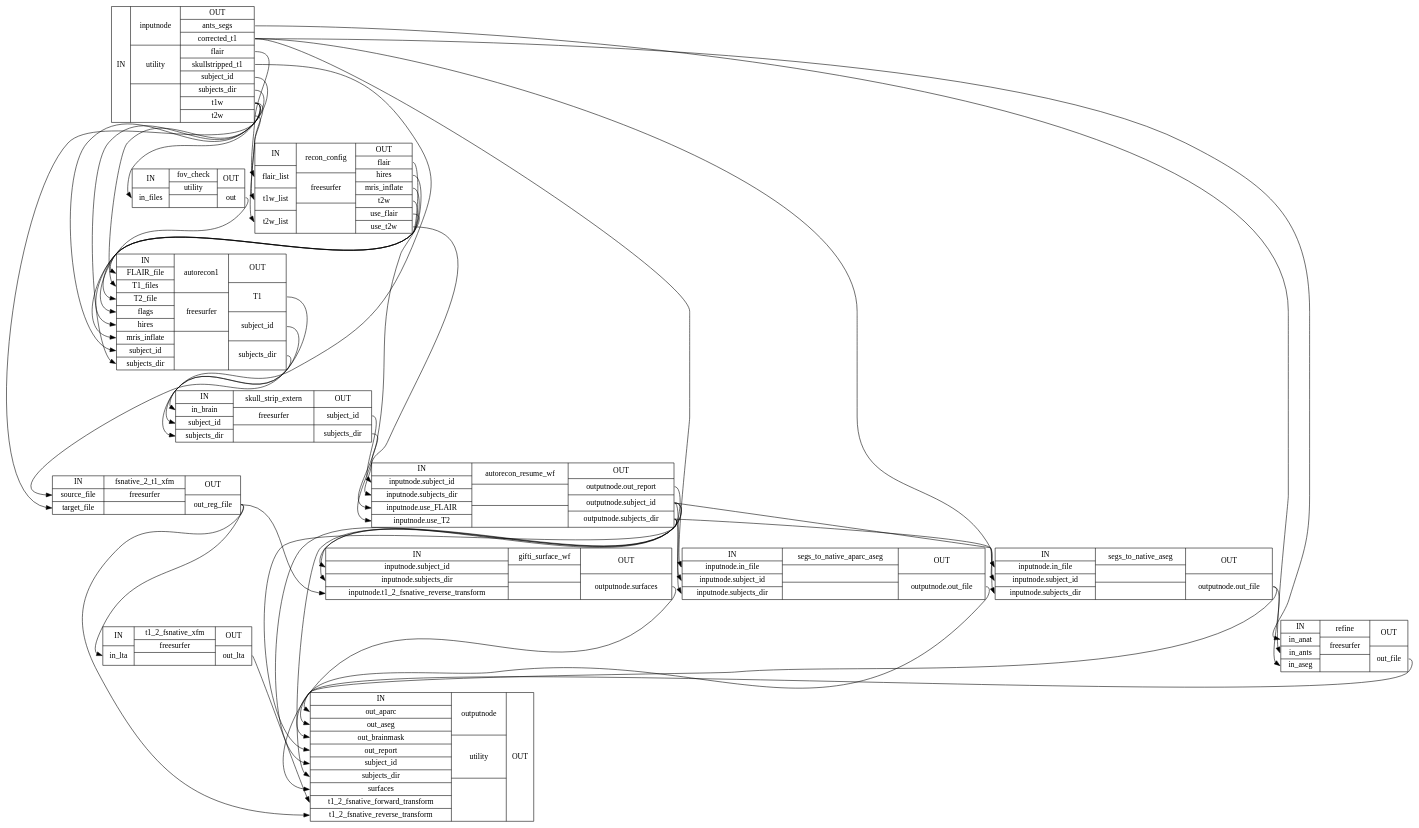
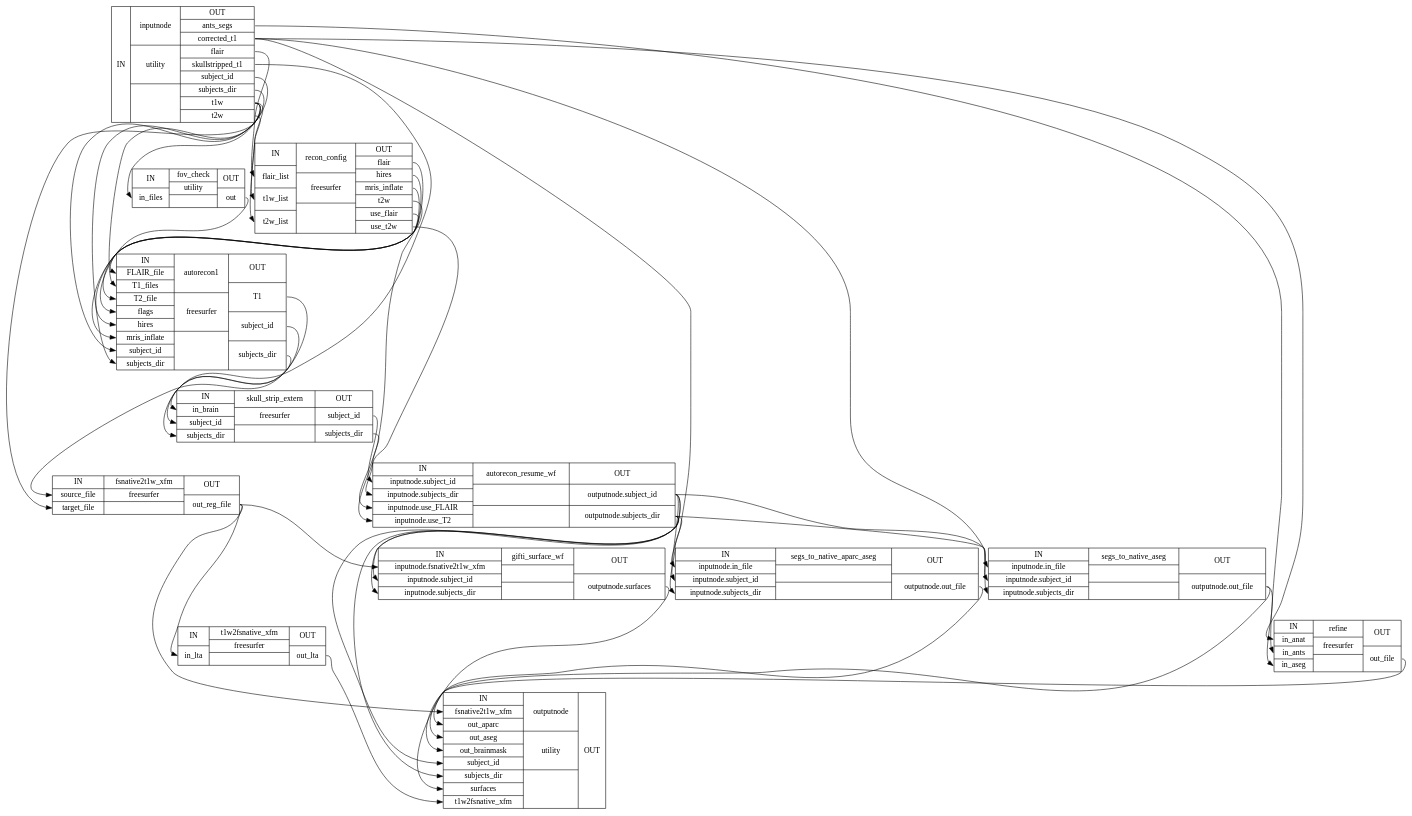
Before and after one commit to nuKs/smriprep: the diagram in ci_doc_deploy/wf_directive/api/surface_recon_wf/smriprep-workflows-surfaces-7_detailed.dot, drawn with Graphviz. The commit also changed 1676 other files, not shown here.

```diff
--- a/ci_doc_deploy/wf_directive/api/surface_recon_wf/smriprep-workflows-surfaces-7_detailed.dot
+++ b/ci_doc_deploy/wf_directive/api/surface_recon_wf/smriprep-workflows-surfaces-7_detailed.dot
@@ -1,59 +1,58 @@
 digraph structs {
 node [shape=record];
 surface_recon_wfinputnode [label="{IN}|{ inputnode | utility |  }|{OUT|<outantssegs> ants_segs|<outcorrectedt1> corrected_t1|<outflair> flair|<outskullstrippedt1> skullstripped_t1|<outsubjectid> subject_id|<outsubjectsdir> subjects_dir|<outt1w> t1w|<outt2w> t2w}"];
 surface_recon_wffov_check [label="{IN|<ininfiles> in_files}|{ fov_check | utility |  }|{OUT|<outout> out}"];
 surface_recon_wfrecon_config [label="{IN|<inflairlist> flair_list|<int1wlist> t1w_list|<int2wlist> t2w_list}|{ recon_config | freesurfer |  }|{OUT|<outflair> flair|<outhires> hires|<outmrisinflate> mris_inflate|<outt2w> t2w|<outuseflair> use_flair|<outuset2w> use_t2w}"];
 surface_recon_wfautorecon1 [label="{IN|<inFLAIRfile> FLAIR_file|<inT1files> T1_files|<inT2file> T2_file|<inflags> flags|<inhires> hires|<inmrisinflate> mris_inflate|<insubjectid> subject_id|<insubjectsdir> subjects_dir}|{ autorecon1 | freesurfer |  }|{OUT|<outT1> T1|<outsubjectid> subject_id|<outsubjectsdir> subjects_dir}"];
-surface_recon_wffsnative_2_t1_xfm [label="{IN|<insourcefile> source_file|<intargetfile> target_file}|{ fsnative_2_t1_xfm | freesurfer |  }|{OUT|<outoutregfile> out_reg_file}"];
-surface_recon_wft1_2_fsnative_xfm [label="{IN|<ininlta> in_lta}|{ t1_2_fsnative_xfm | freesurfer |  }|{OUT|<outoutlta> out_lta}"];
+surface_recon_wffsnative2t1w_xfm [label="{IN|<insourcefile> source_file|<intargetfile> target_file}|{ fsnative2t1w_xfm | freesurfer |  }|{OUT|<outoutregfile> out_reg_file}"];
+surface_recon_wft1w2fsnative_xfm [label="{IN|<ininlta> in_lta}|{ t1w2fsnative_xfm | freesurfer |  }|{OUT|<outoutlta> out_lta}"];
 surface_recon_wfskull_strip_extern [label="{IN|<ininbrain> in_brain|<insubjectid> subject_id|<insubjectsdir> subjects_dir}|{ skull_strip_extern | freesurfer |  }|{OUT|<outsubjectid> subject_id|<outsubjectsdir> subjects_dir}"];
-surface_recon_wfautorecon_resume_wf [label="{IN|<ininputnodesubjectid> inputnode.subject_id|<ininputnodesubjectsdir> inputnode.subjects_dir|<ininputnodeuseFLAIR> inputnode.use_FLAIR|<ininputnodeuseT2> inputnode.use_T2}|{ autorecon_resume_wf |  |  }|{OUT|<outoutputnodeoutreport> outputnode.out_report|<outoutputnodesubjectid> outputnode.subject_id|<outoutputnodesubjectsdir> outputnode.subjects_dir}"];
+surface_recon_wfautorecon_resume_wf [label="{IN|<ininputnodesubjectid> inputnode.subject_id|<ininputnodesubjectsdir> inputnode.subjects_dir|<ininputnodeuseFLAIR> inputnode.use_FLAIR|<ininputnodeuseT2> inputnode.use_T2}|{ autorecon_resume_wf |  |  }|{OUT|<outoutputnodesubjectid> outputnode.subject_id|<outoutputnodesubjectsdir> outputnode.subjects_dir}"];
 surface_recon_wfsegs_to_native_aparc_aseg [label="{IN|<ininputnodeinfile> inputnode.in_file|<ininputnodesubjectid> inputnode.subject_id|<ininputnodesubjectsdir> inputnode.subjects_dir}|{ segs_to_native_aparc_aseg |  |  }|{OUT|<outoutputnodeoutfile> outputnode.out_file}"];
 surface_recon_wfsegs_to_native_aseg [label="{IN|<ininputnodeinfile> inputnode.in_file|<ininputnodesubjectid> inputnode.subject_id|<ininputnodesubjectsdir> inputnode.subjects_dir}|{ segs_to_native_aseg |  |  }|{OUT|<outoutputnodeoutfile> outputnode.out_file}"];
 surface_recon_wfrefine [label="{IN|<ininanat> in_anat|<ininants> in_ants|<ininaseg> in_aseg}|{ refine | freesurfer |  }|{OUT|<outoutfile> out_file}"];
-surface_recon_wfgifti_surface_wf [label="{IN|<ininputnodesubjectid> inputnode.subject_id|<ininputnodesubjectsdir> inputnode.subjects_dir|<ininputnodet12fsnativereversetransform> inputnode.t1_2_fsnative_reverse_transform}|{ gifti_surface_wf |  |  }|{OUT|<outoutputnodesurfaces> outputnode.surfaces}"];
-surface_recon_wfoutputnode [label="{IN|<inoutaparc> out_aparc|<inoutaseg> out_aseg|<inoutbrainmask> out_brainmask|<inoutreport> out_report|<insubjectid> subject_id|<insubjectsdir> subjects_dir|<insurfaces> surfaces|<int12fsnativeforwardtransform> t1_2_fsnative_forward_transform|<int12fsnativereversetransform> t1_2_fsnative_reverse_transform}|{ outputnode | utility |  }|{OUT}"];
-surface_recon_wfautorecon1:outT1:e -> surface_recon_wffsnative_2_t1_xfm:insourcefile:w;
+surface_recon_wfgifti_surface_wf [label="{IN|<ininputnodefsnative2t1wxfm> inputnode.fsnative2t1w_xfm|<ininputnodesubjectid> inputnode.subject_id|<ininputnodesubjectsdir> inputnode.subjects_dir}|{ gifti_surface_wf |  |  }|{OUT|<outoutputnodesurfaces> outputnode.surfaces}"];
+surface_recon_wfoutputnode [label="{IN|<infsnative2t1wxfm> fsnative2t1w_xfm|<inoutaparc> out_aparc|<inoutaseg> out_aseg|<inoutbrainmask> out_brainmask|<insubjectid> subject_id|<insubjectsdir> subjects_dir|<insurfaces> surfaces|<int1w2fsnativexfm> t1w2fsnative_xfm}|{ outputnode | utility |  }|{OUT}"];
+surface_recon_wfautorecon1:outT1:e -> surface_recon_wffsnative2t1w_xfm:insourcefile:w;
 surface_recon_wfautorecon1:outsubjectid:e -> surface_recon_wfskull_strip_extern:insubjectid:w;
 surface_recon_wfautorecon1:outsubjectsdir:e -> surface_recon_wfskull_strip_extern:insubjectsdir:w;
-surface_recon_wfautorecon_resume_wf:outoutputnodeoutreport:e -> surface_recon_wfoutputnode:inoutreport:w;
 surface_recon_wfautorecon_resume_wf:outoutputnodesubjectid:e -> surface_recon_wfgifti_surface_wf:ininputnodesubjectid:w;
 surface_recon_wfautorecon_resume_wf:outoutputnodesubjectid:e -> surface_recon_wfoutputnode:insubjectid:w;
 surface_recon_wfautorecon_resume_wf:outoutputnodesubjectid:e -> surface_recon_wfsegs_to_native_aparc_aseg:ininputnodesubjectid:w;
 surface_recon_wfautorecon_resume_wf:outoutputnodesubjectid:e -> surface_recon_wfsegs_to_native_aseg:ininputnodesubjectid:w;
 surface_recon_wfautorecon_resume_wf:outoutputnodesubjectsdir:e -> surface_recon_wfgifti_surface_wf:ininputnodesubjectsdir:w;
 surface_recon_wfautorecon_resume_wf:outoutputnodesubjectsdir:e -> surface_recon_wfoutputnode:insubjectsdir:w;
 surface_recon_wfautorecon_resume_wf:outoutputnodesubjectsdir:e -> surface_recon_wfsegs_to_native_aparc_aseg:ininputnodesubjectsdir:w;
 surface_recon_wfautorecon_resume_wf:outoutputnodesubjectsdir:e -> surface_recon_wfsegs_to_native_aseg:ininputnodesubjectsdir:w;
 surface_recon_wffov_check:outout:e -> surface_recon_wfautorecon1:inflags:w;
-surface_recon_wffsnative_2_t1_xfm:outoutregfile:e -> surface_recon_wfgifti_surface_wf:ininputnodet12fsnativereversetransform:w;
-surface_recon_wffsnative_2_t1_xfm:outoutregfile:e -> surface_recon_wfoutputnode:int12fsnativereversetransform:w;
-surface_recon_wffsnative_2_t1_xfm:outoutregfile:e -> surface_recon_wft1_2_fsnative_xfm:ininlta:w;
+surface_recon_wffsnative2t1w_xfm:outoutregfile:e -> surface_recon_wfgifti_surface_wf:ininputnodefsnative2t1wxfm:w;
+surface_recon_wffsnative2t1w_xfm:outoutregfile:e -> surface_recon_wfoutputnode:infsnative2t1wxfm:w;
+surface_recon_wffsnative2t1w_xfm:outoutregfile:e -> surface_recon_wft1w2fsnative_xfm:ininlta:w;
 surface_recon_wfgifti_surface_wf:outoutputnodesurfaces:e -> surface_recon_wfoutputnode:insurfaces:w;
 surface_recon_wfinputnode:outantssegs:e -> surface_recon_wfrefine:ininants:w;
 surface_recon_wfinputnode:outcorrectedt1:e -> surface_recon_wfrefine:ininanat:w;
 surface_recon_wfinputnode:outcorrectedt1:e -> surface_recon_wfsegs_to_native_aparc_aseg:ininputnodeinfile:w;
 surface_recon_wfinputnode:outcorrectedt1:e -> surface_recon_wfsegs_to_native_aseg:ininputnodeinfile:w;
 surface_recon_wfinputnode:outflair:e -> surface_recon_wfrecon_config:inflairlist:w;
 surface_recon_wfinputnode:outskullstrippedt1:e -> surface_recon_wfskull_strip_extern:ininbrain:w;
 surface_recon_wfinputnode:outsubjectid:e -> surface_recon_wfautorecon1:insubjectid:w;
 surface_recon_wfinputnode:outsubjectsdir:e -> surface_recon_wfautorecon1:insubjectsdir:w;
 surface_recon_wfinputnode:outt1w:e -> surface_recon_wfautorecon1:inT1files:w;
 surface_recon_wfinputnode:outt1w:e -> surface_recon_wffov_check:ininfiles:w;
-surface_recon_wfinputnode:outt1w:e -> surface_recon_wffsnative_2_t1_xfm:intargetfile:w;
+surface_recon_wfinputnode:outt1w:e -> surface_recon_wffsnative2t1w_xfm:intargetfile:w;
 surface_recon_wfinputnode:outt1w:e -> surface_recon_wfrecon_config:int1wlist:w;
 surface_recon_wfinputnode:outt2w:e -> surface_recon_wfrecon_config:int2wlist:w;
 surface_recon_wfrecon_config:outflair:e -> surface_recon_wfautorecon1:inFLAIRfile:w;
 surface_recon_wfrecon_config:outhires:e -> surface_recon_wfautorecon1:inhires:w;
 surface_recon_wfrecon_config:outmrisinflate:e -> surface_recon_wfautorecon1:inmrisinflate:w;
 surface_recon_wfrecon_config:outt2w:e -> surface_recon_wfautorecon1:inT2file:w;
 surface_recon_wfrecon_config:outuseflair:e -> surface_recon_wfautorecon_resume_wf:ininputnodeuseFLAIR:w;
 surface_recon_wfrecon_config:outuset2w:e -> surface_recon_wfautorecon_resume_wf:ininputnodeuseT2:w;
 surface_recon_wfrefine:outoutfile:e -> surface_recon_wfoutputnode:inoutbrainmask:w;
 surface_recon_wfsegs_to_native_aparc_aseg:outoutputnodeoutfile:e -> surface_recon_wfoutputnode:inoutaparc:w;
 surface_recon_wfsegs_to_native_aseg:outoutputnodeoutfile:e -> surface_recon_wfoutputnode:inoutaseg:w;
 surface_recon_wfsegs_to_native_aseg:outoutputnodeoutfile:e -> surface_recon_wfrefine:ininaseg:w;
 surface_recon_wfskull_strip_extern:outsubjectid:e -> surface_recon_wfautorecon_resume_wf:ininputnodesubjectid:w;
 surface_recon_wfskull_strip_extern:outsubjectsdir:e -> surface_recon_wfautorecon_resume_wf:ininputnodesubjectsdir:w;
-surface_recon_wft1_2_fsnative_xfm:outoutlta:e -> surface_recon_wfoutputnode:int12fsnativeforwardtransform:w;
+surface_recon_wft1w2fsnative_xfm:outoutlta:e -> surface_recon_wfoutputnode:int1w2fsnativexfm:w;
 }
```
